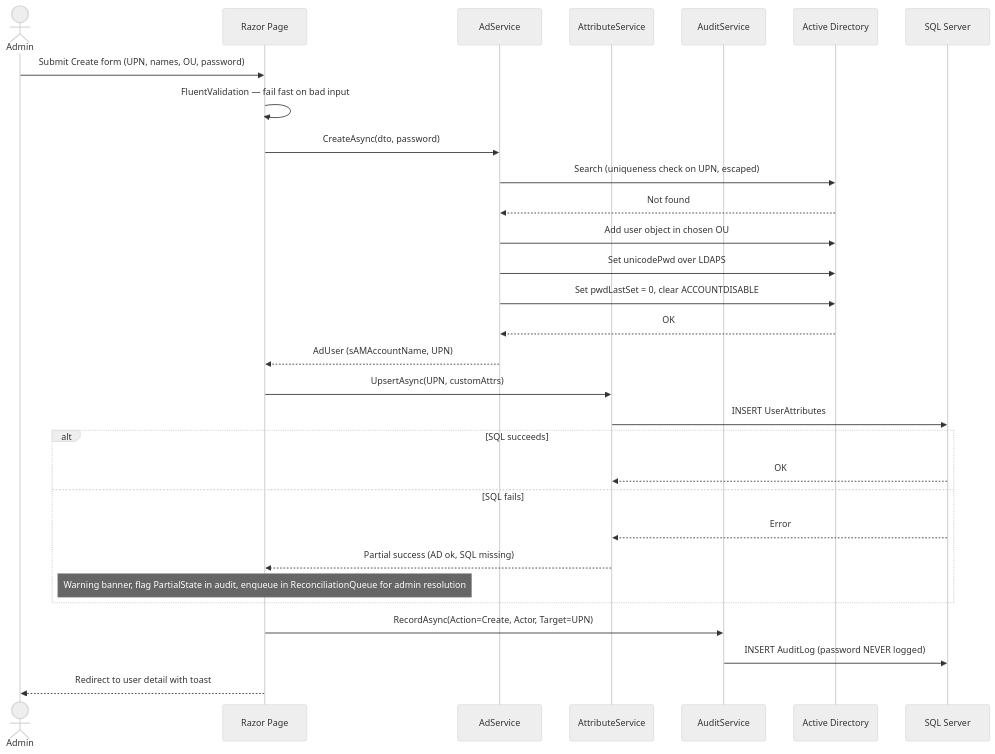
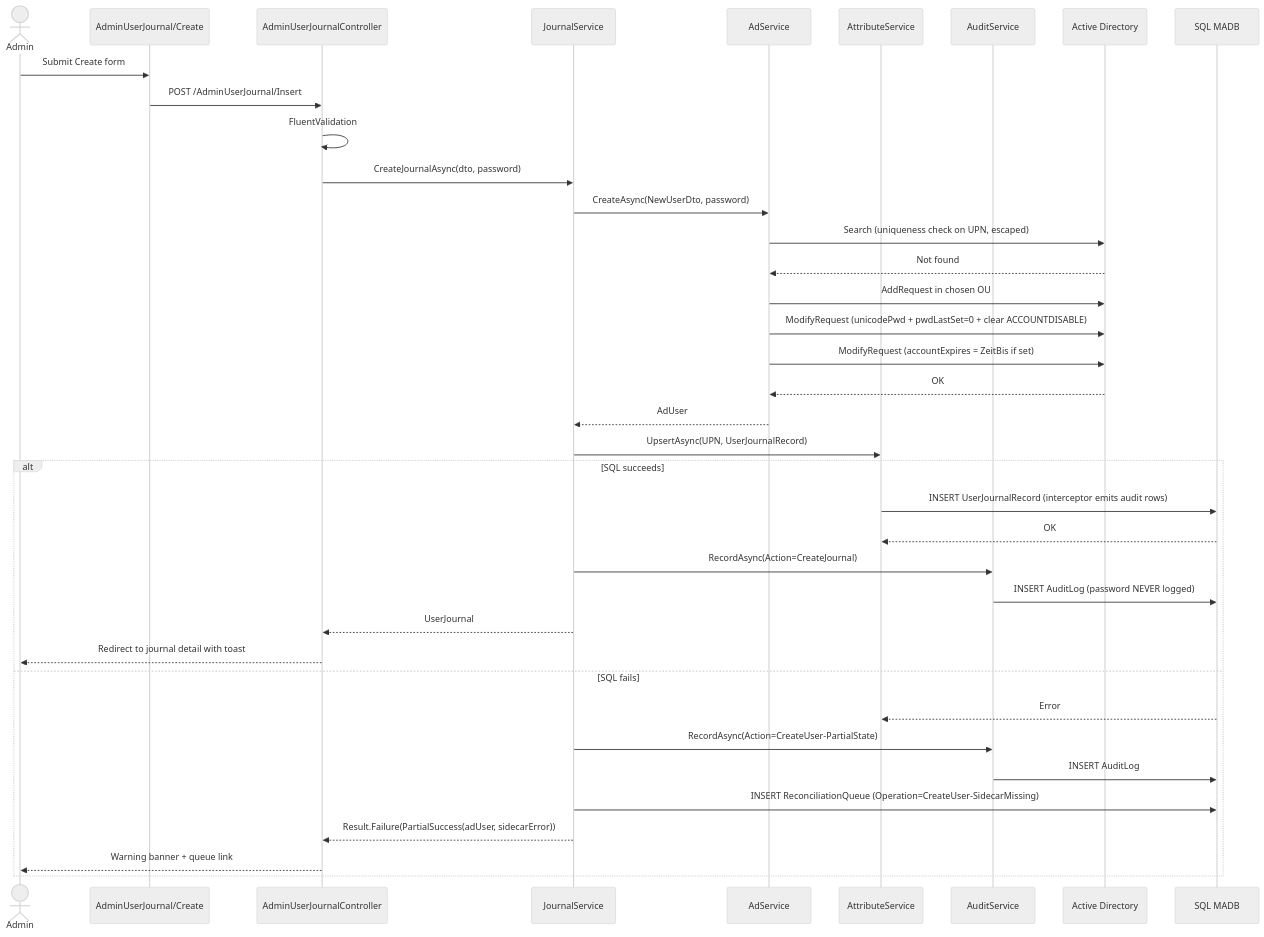
One commit to arthurkahwa/ad-user-management changed the third of 5 diagrams in README.md. Above: the diagram before and after it, drawn with Mermaid (neutral theme). The commit also changed other lines of this file, not shown here.

````diff
--- a/README.md
+++ b/README.md
@@ -329,35 +343,43 @@
 ```mermaid
 sequenceDiagram
     actor Admin
-    participant Razor as Razor Page
+    participant View as AdminUserJournal/Create
+    participant Ctrl as AdminUserJournalController
+    participant Jrn as JournalService
     participant AdSvc as AdService
     participant AttrSvc as AttributeService
     participant Audit as AuditService
     participant AD as Active Directory
-    participant SQL as SQL Server
+    participant SQL as SQL MADB
 
-    Admin->>Razor: Submit Create form (UPN, names, OU, password)
-    Razor->>Razor: FluentValidation — fail fast on bad input
-    Razor->>AdSvc: CreateAsync(dto, password)
+    Admin->>View: Submit Create form
+    View->>Ctrl: POST /AdminUserJournal/Insert
+    Ctrl->>Ctrl: FluentValidation
+    Ctrl->>Jrn: CreateJournalAsync(dto, password)
+
+    Jrn->>AdSvc: CreateAsync(NewUserDto, password)
     AdSvc->>AD: Search (uniqueness check on UPN, escaped)
     AD-->>AdSvc: Not found
-    AdSvc->>AD: Add user object in chosen OU
-    AdSvc->>AD: Set unicodePwd over LDAPS
-    AdSvc->>AD: Set pwdLastSet = 0, clear ACCOUNTDISABLE
+    AdSvc->>AD: AddRequest in chosen OU
+    AdSvc->>AD: ModifyRequest (unicodePwd + pwdLastSet=0 + clear ACCOUNTDISABLE)
+    AdSvc->>AD: ModifyRequest (accountExpires = ZeitBis if set)
     AD-->>AdSvc: OK
-    AdSvc-->>Razor: AdUser (sAMAccountName, UPN)
+    AdSvc-->>Jrn: AdUser
 
-    Razor->>AttrSvc: UpsertAsync(UPN, customAttrs)
-    AttrSvc->>SQL: INSERT UserAttributes
+    Jrn->>AttrSvc: UpsertAsync(UPN, UserJournalRecord)
     alt SQL succeeds
+        AttrSvc->>SQL: INSERT UserJournalRecord (interceptor emits audit rows)
         SQL-->>AttrSvc: OK
+        Jrn->>Audit: RecordAsync(Action=CreateJournal)
+        Audit->>SQL: INSERT AuditLog (password NEVER logged)
+        Jrn-->>Ctrl: UserJournal
+        Ctrl-->>Admin: Redirect to journal detail with toast
     else SQL fails
         SQL-->>AttrSvc: Error
-        AttrSvc-->>Razor: Partial success (AD ok, SQL missing)
-        Note over Razor: Warning banner, flag PartialState in audit, enqueue in ReconciliationQueue for admin resolution
+        Jrn->>Audit: RecordAsync(Action=CreateUser-PartialState)
+        Audit->>SQL: INSERT AuditLog
+        Jrn->>SQL: INSERT ReconciliationQueue (Operation=CreateUser-SidecarMissing)
+        Jrn-->>Ctrl: Result.Failure(PartialSuccess(adUser, sidecarError))
+        Ctrl-->>Admin: Warning banner + queue link
     end
-
-    Razor->>Audit: RecordAsync(Action=Create, Actor, Target=UPN)
-    Audit->>SQL: INSERT AuditLog (password NEVER logged)
-    Razor-->>Admin: Redirect to user detail with toast
 ```
````
